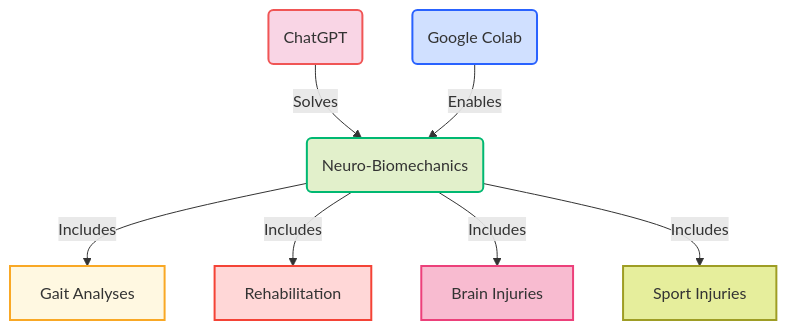
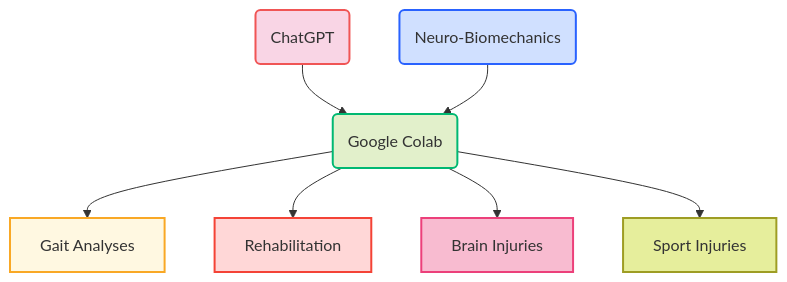
One commit to hmok/ChatGPTBiomechanics changed the diagram in README.md. Above: the diagram before and after it, drawn with Mermaid.

````diff
--- a/README.md
+++ b/README.md
@@ -4,16 +4,16 @@
 ```mermaid
 graph TD;
-  A(ChatGPT) -- "Solves" --> B(Neuro-Biomechanics);
-  C(Google Colab) -- "Enables" --> B;
-  B -- "Includes" --> D[Gait Analyses];
-  B -- "Includes" --> E[Rehabilitation];
-  B -- "Includes" --> F[Brain Injuries];
-  B -- "Includes" --> G[Sport Injuries];
+  A(ChatGPT) -- " " --> B(Google Colab);
+  C(Neuro-Biomechanics) -- " " --> B;
+  B -- " " --> D[Gait Analyses];
+  B -- " " --> E[Rehabilitation];
+  B -- " " --> F[Brain Injuries];
+  B -- " " --> G[Sport Injuries];
   style A fill:#F9D5E5, stroke:#F05555, stroke-width:2px;
   style B fill:#E2F0CB, stroke:#00B872, stroke-width:2px;
   style C fill:#D0E0FF, stroke:#2962FF, stroke-width:2px;
   style D fill:#FFF8E1, stroke:#F9A825, stroke-width:2px;
   style E fill:#FFD7D7, stroke:#F44336, stroke-width:2px;
   style F fill:#F8BBD0, stroke:#EC407A, stroke-width:2px;
   style G fill:#E6EE9C, stroke:#9E9D24, stroke-width:2px;
 ```
````
